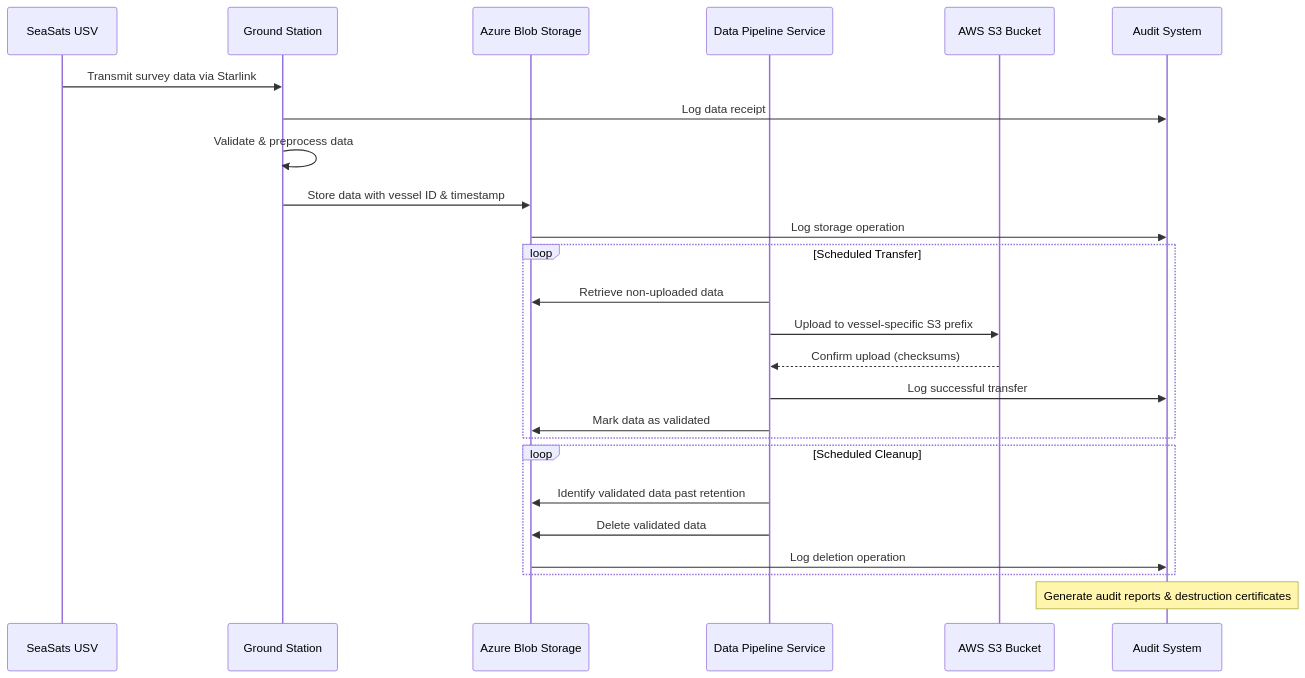
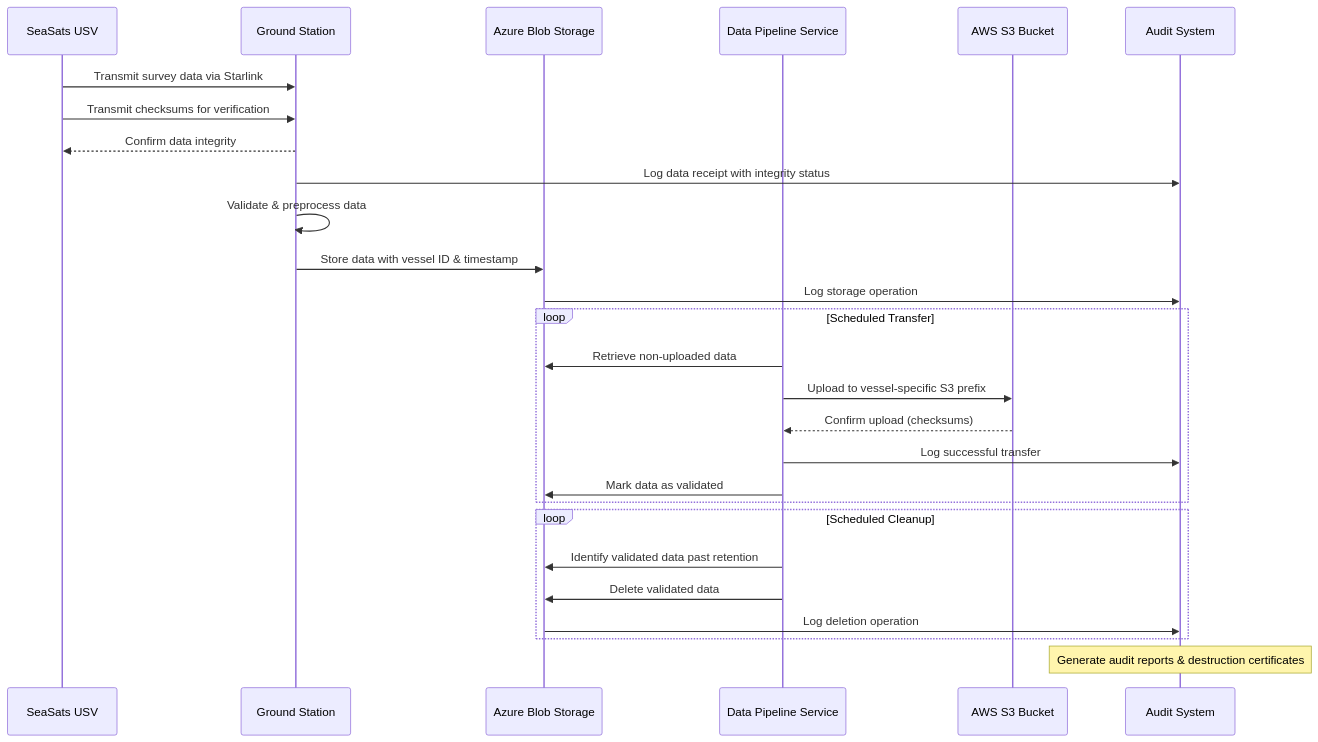
Before and after one commit to CAST-Intelligence/elysium-usv: the second of 2 diagrams in README.md, drawn with Mermaid.

Commit message:
Add checksum verification sequence between USV and Ground Station

````diff
--- a/README.md
+++ b/README.md
@@ -66,31 +66,33 @@
 ```mermaid
 sequenceDiagram
     participant USV as SeaSats USV
     participant GS as Ground Station
     participant ABS as Azure Blob Storage
     participant DPS as Data Pipeline Service
     participant S3 as AWS S3 Bucket
     participant AS as Audit System
     
     USV->>GS: Transmit survey data via Starlink
-    GS->>AS: Log data receipt
+    USV->>GS: Transmit checksums for verification
+    GS-->>USV: Confirm data integrity
+    GS->>AS: Log data receipt with integrity status
     GS->>GS: Validate & preprocess data
     GS->>ABS: Store data with vessel ID & timestamp
     ABS->>AS: Log storage operation
     
     loop Scheduled Transfer
         DPS->>ABS: Retrieve non-uploaded data
         DPS->>S3: Upload to vessel-specific S3 prefix
         S3-->>DPS: Confirm upload (checksums)
         DPS->>AS: Log successful transfer
         DPS->>ABS: Mark data as validated
     end
     
     loop Scheduled Cleanup
         DPS->>ABS: Identify validated data past retention
         DPS->>ABS: Delete validated data
         ABS->>AS: Log deletion operation
     end
     
     Note over AS: Generate audit reports & destruction certificates
 ```
````
